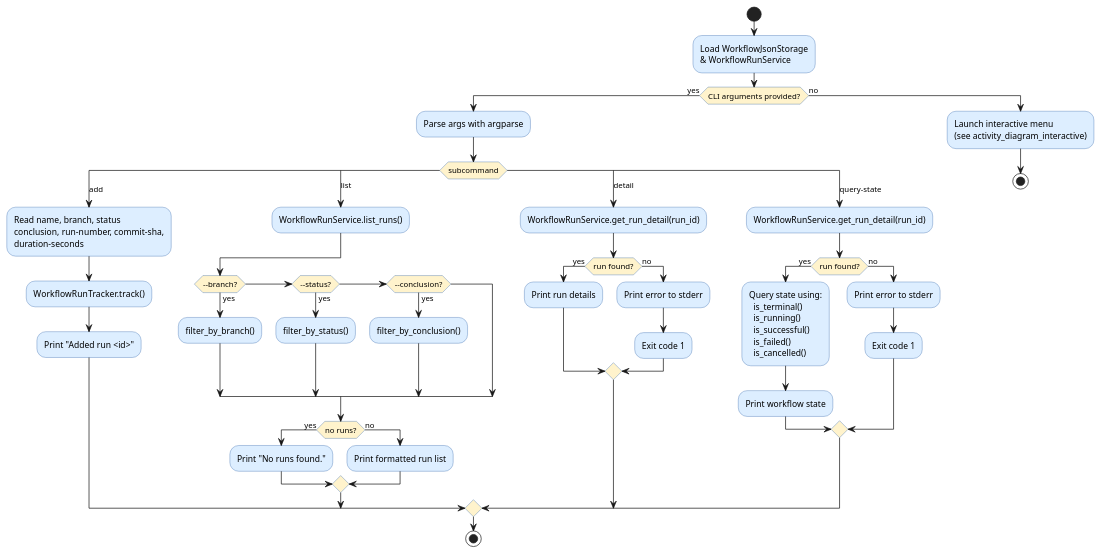
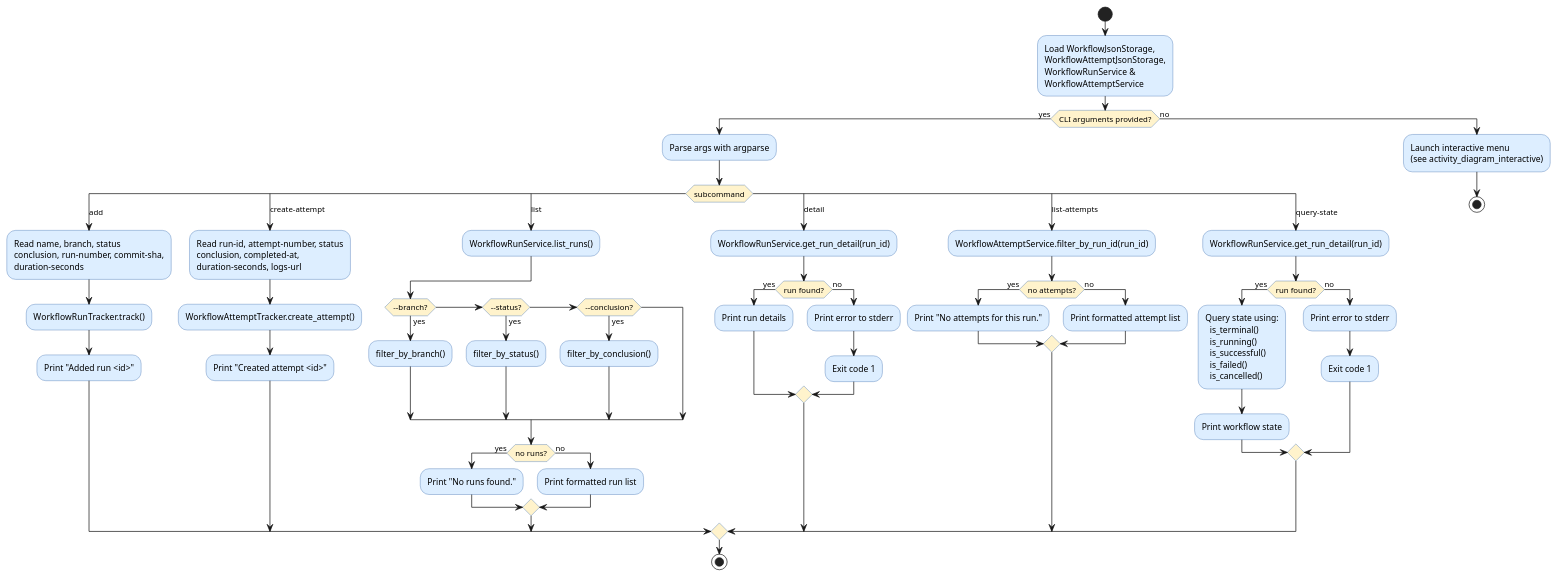
One commit to DanielRiha8906/Software_autoevolution_using_agents changed the diagram in experiments/pipeline/structured_text/github-workflow-manager/artifacts/activity_diagram_main.puml. Above: the diagram before and after it, drawn with PlantUML. The commit also changed 18 other files, not shown here.

```diff
--- a/experiments/pipeline/structured_text/github-workflow-manager/artifacts/activity_diagram_main.puml
+++ b/experiments/pipeline/structured_text/github-workflow-manager/artifacts/activity_diagram_main.puml
@@ -1,62 +1,75 @@
 @startuml activity_diagram_main
 
 skinparam activityBackgroundColor #DDEEFF
 skinparam activityBorderColor     #3366AA
 skinparam activityDiamondBackgroundColor #FFF3CC
 
 start
 
-:Load WorkflowJsonStorage\n& WorkflowRunService;
+:Load WorkflowJsonStorage,\nWorkflowAttemptJsonStorage,\nWorkflowRunService &\nWorkflowAttemptService;
 
 if (CLI arguments provided?) then (yes)
   :Parse args with argparse;
   switch (subcommand)
 
     case (add)
       :Read name, branch, status\nconclusion, run-number, commit-sha,\nduration-seconds;
       :WorkflowRunTracker.track();
       :Print "Added run <id>";
+
+    case (create-attempt)
+      :Read run-id, attempt-number, status\nconclusion, completed-at,\nduration-seconds, logs-url;
+      :WorkflowAttemptTracker.create_attempt();
+      :Print "Created attempt <id>";
 
     case (list)
       :WorkflowRunService.list_runs();
       if (--branch?) then (yes)
         :filter_by_branch();
       elseif (--status?) then (yes)
         :filter_by_status();
       elseif (--conclusion?) then (yes)
         :filter_by_conclusion();
       endif
       if (no runs?) then (yes)
         :Print "No runs found.";
       else (no)
         :Print formatted run list;
       endif
 
     case (detail)
       :WorkflowRunService.get_run_detail(run_id);
       if (run found?) then (yes)
         :Print run details;
       else (no)
         :Print error to stderr;
         :Exit code 1;
       endif
 
+    case (list-attempts)
+      :WorkflowAttemptService.filter_by_run_id(run_id);
+      if (no attempts?) then (yes)
+        :Print "No attempts for this run.";
+      else (no)
+        :Print formatted attempt list;
+      endif
+
     case (query-state)
       :WorkflowRunService.get_run_detail(run_id);
       if (run found?) then (yes)
         :Query state using:\n  is_terminal()\n  is_running()\n  is_successful()\n  is_failed()\n  is_cancelled();
         :Print workflow state;
       else (no)
         :Print error to stderr;
         :Exit code 1;
       endif
 
   endswitch
   stop
 
 else (no)
   :Launch interactive menu\n(see activity_diagram_interactive);
   stop
 endif
 
 @enduml
```
